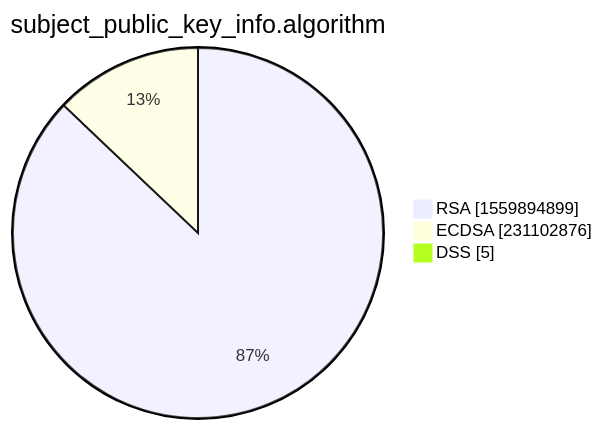
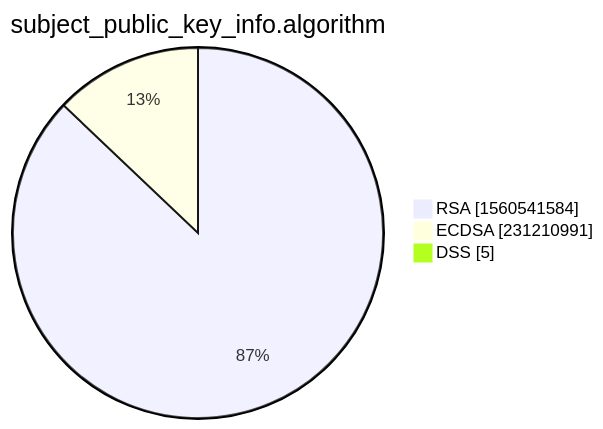
The third of 15 diagrams in xenon2022/README.md (christiankrug/ctmonitor_visualization), drawn with Mermaid before and after one commit. The commit also changed other lines of this file, not shown here.

````diff
--- a/xenon2022/README.md
+++ b/xenon2022/README.md
@@ -14,7 +14,7 @@
 ```mermaid
 pie showData
 title subject_public_key_info.algorithm
-"RSA" :1559894899
-"ECDSA" :231102876
+"RSA" :1560541584
+"ECDSA" :231210991
 "DSS" :5
 ```
````
